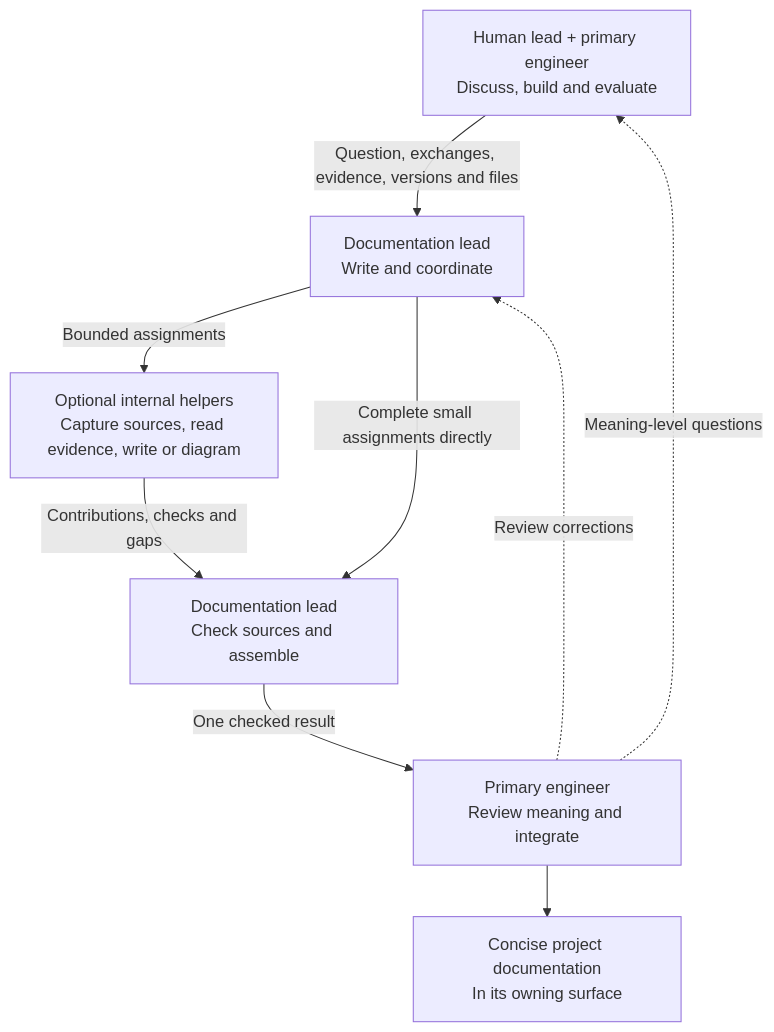
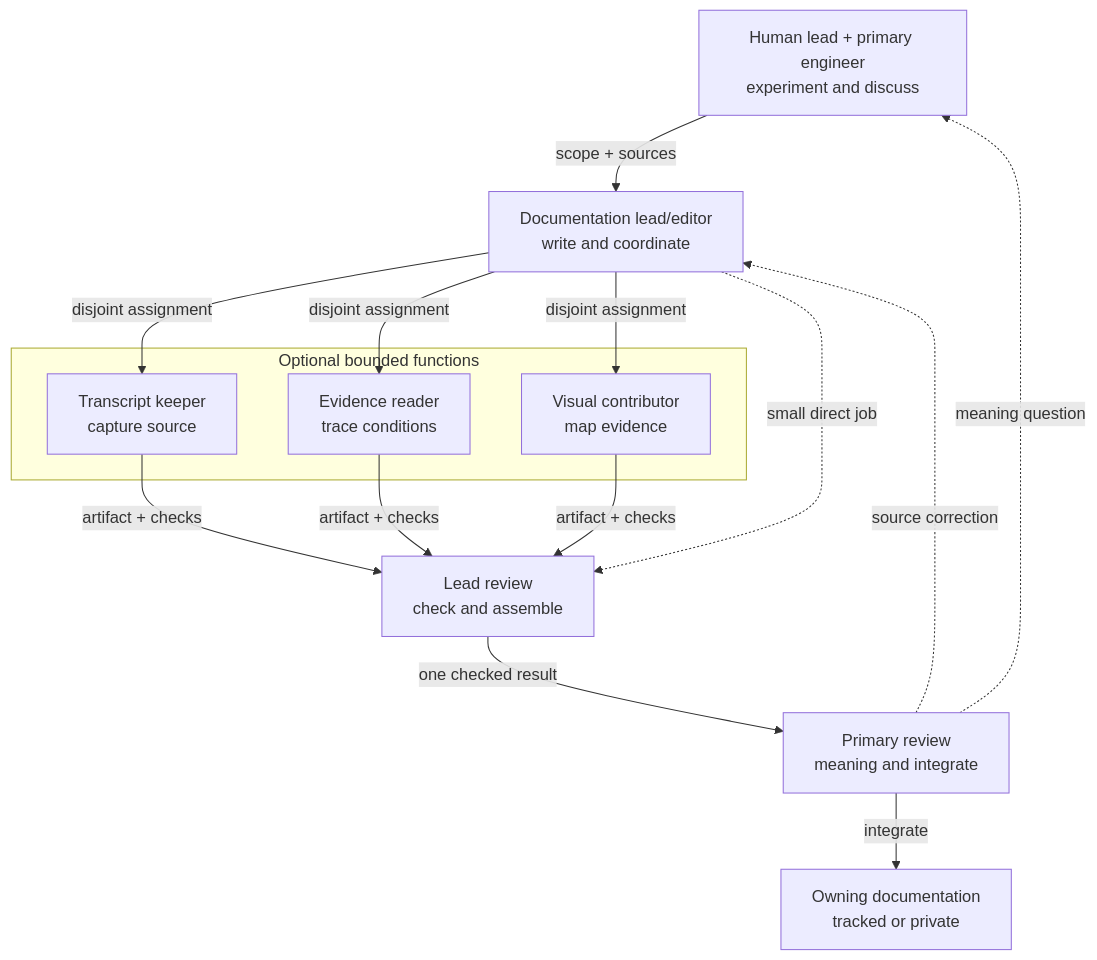
The diagram in docs/diagrams/COLLABORATION.md (tryskian/huemiliator), drawn with Mermaid before and after one commit. The commit also changed other lines of this file and 3 other files, not shown here.

````diff
--- a/docs/diagrams/COLLABORATION.md
+++ b/docs/diagrams/COLLABORATION.md
@@ -8,17 +10,28 @@
 ```mermaid
 flowchart TD
-  A["Human lead + primary engineer<br/>Discuss, build and evaluate"]
-  L["Documentation lead<br/>Write and coordinate"]
-  H["Optional internal helpers<br/>Capture sources, read evidence, write or diagram"]
-  R["Documentation lead<br/>Check sources and assemble"]
-  P["Primary engineer<br/>Review meaning and integrate"]
-  D["Concise project documentation<br/>In its owning surface"]
-  A -->|"Question, exchanges, evidence, versions and files"| L
-  L -->|"Bounded assignments"| H
-  H -->|"Contributions, checks and gaps"| R
-  L -->|"Complete small assignments directly"| R
-  R -->|"One checked result"| P
-  P --> D
-  P -.->|"Review corrections"| L
-  P -.->|"Meaning-level questions"| A
+  A["Human lead + primary engineer<br/>experiment and discuss"]
+  L["Documentation lead/editor<br/>write and coordinate"]
+  T["Transcript keeper<br/>capture source"]
+  E["Evidence reader<br/>trace conditions"]
+  V["Visual contributor<br/>map evidence"]
+  R["Lead review<br/>check and assemble"]
+  P["Primary review<br/>meaning and integrate"]
+  D["Owning documentation<br/>tracked or private"]
+  A -->|"scope + sources"| L
+  subgraph OPTIONAL["Optional bounded functions"]
+    T
+    E
+    V
+  end
+  L -->|"disjoint assignment"| T
+  L -->|"disjoint assignment"| E
+  L -->|"disjoint assignment"| V
+  T -->|"artifact + checks"| R
+  E -->|"artifact + checks"| R
+  V -->|"artifact + checks"| R
+  L -.->|"small direct job"| R
+  R -->|"one checked result"| P
+  P -->|"integrate"| D
+  P -.->|"source correction"| L
+  P -.->|"meaning question"| A
 ```
````
